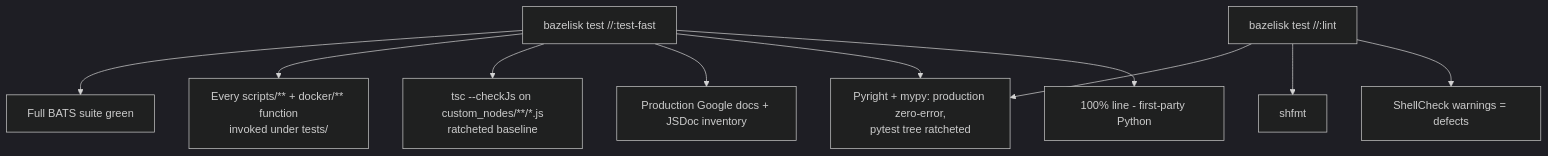
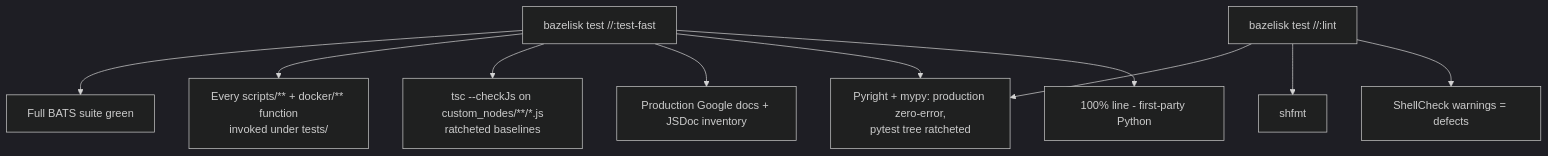
One commit to toxicoder/ez-comfy-stack changed the fifth of 6 diagrams in docs/project-conventions.md. Above: the diagram before and after it, drawn with Mermaid (dark theme). The commit also changed other lines of this file and 7 other files, not shown here.

````diff
--- a/docs/project-conventions.md
+++ b/docs/project-conventions.md
@@ -329,12 +330,12 @@
 ```mermaid
 flowchart TB
   Cov["bazelisk test //:test-fast"] --> Py["100% line - first-party Python"]
   Cov --> Pyright["Pyright + mypy: production zero-error,<br/>pytest tree ratcheted"]
   Cov --> DocsInv["Production Google docs + JSDoc inventory"]
-  Cov --> JsTypes["tsc --checkJs on custom_nodes/**/*.js<br/>ratcheted baseline"]
+  Cov --> JsTypes["tsc --checkJs on custom_nodes/**/*.js<br/>ratcheted baselines"]
   Cov --> Shell["Every scripts/** + docker/** function<br/>invoked under tests/"]
   Cov --> Bats["Full BATS suite green"]
   Lint["bazelisk test //:lint"] --> SC["ShellCheck warnings = defects"]
   Lint --> Fmt["shfmt"]
   Lint --> Pyright
 ```
````
